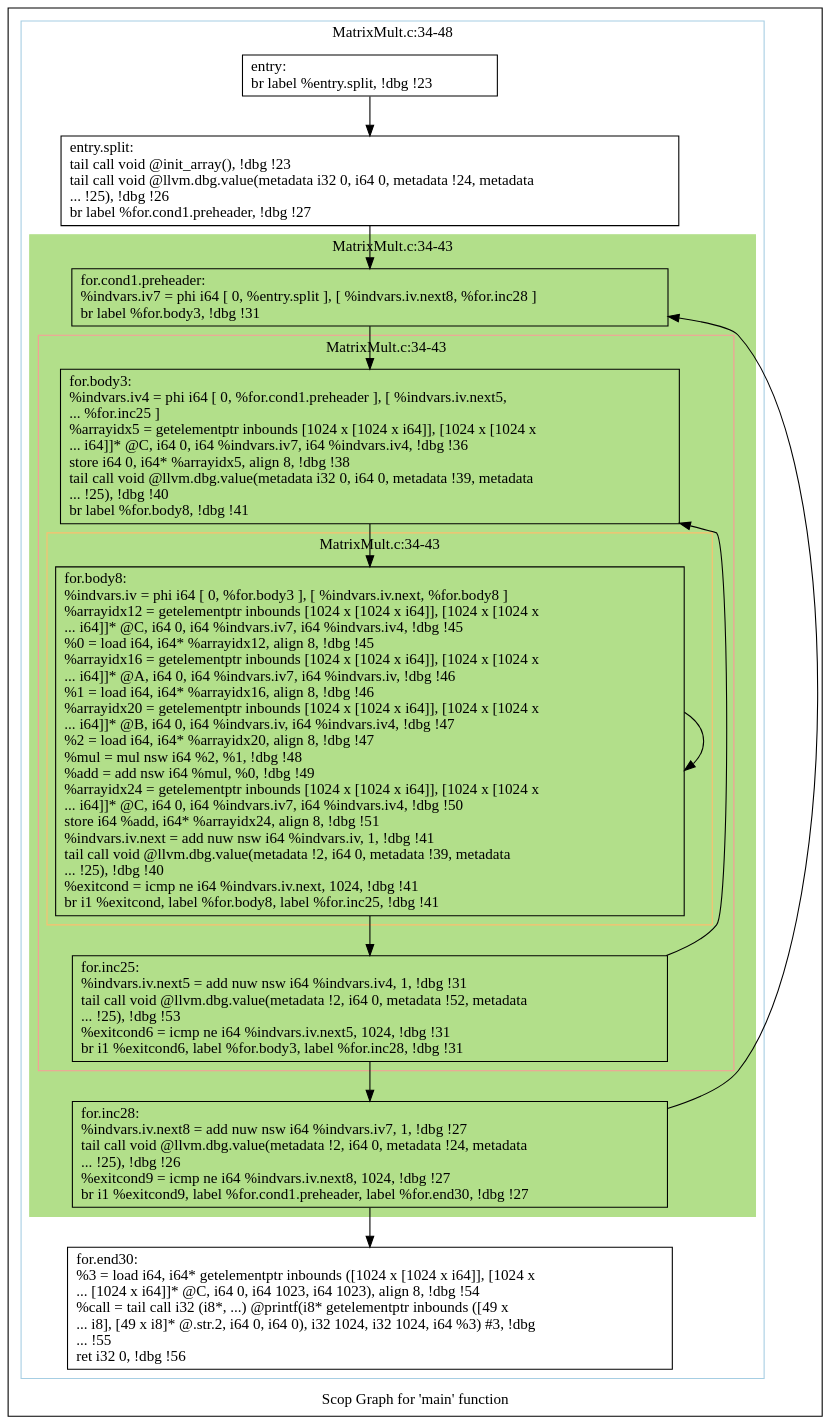
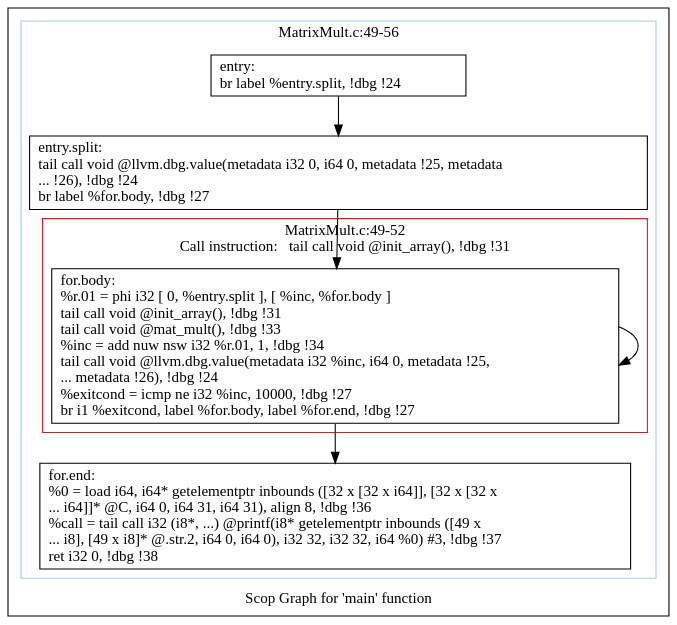
One commit to samminweng/WhileyOpenCL changed the diagram in polly/MatrixMult/impl/handwritten/dot/scops.main.dot. Above: the diagram before and after it, drawn with Graphviz. The commit also changed 44 other files, not shown here.

```diff
--- a/polly/MatrixMult/impl/handwritten/dot/scops.main.dot
+++ b/polly/MatrixMult/impl/handwritten/dot/scops.main.dot
@@ -1,54 +1,29 @@
 digraph "Scop Graph for 'main' function" {
 	label="Scop Graph for 'main' function";
 
-	Node0x5de6b00 [shape=record,label="{entry:\l  br label %entry.split, !dbg !23\l}"];
-	Node0x5de6b00 -> Node0x5dd6910;
-	Node0x5dd6910 [shape=record,label="{entry.split:                                      \l  tail call void @init_array(), !dbg !23\l  tail call void @llvm.dbg.value(metadata i32 0, i64 0, metadata !24, metadata\l... !25), !dbg !26\l  br label %for.cond1.preheader, !dbg !27\l}"];
-	Node0x5dd6910 -> Node0x5dddd20;
-	Node0x5dddd20 [shape=record,label="{for.cond1.preheader:                              \l  %indvars.iv7 = phi i64 [ 0, %entry.split ], [ %indvars.iv.next8, %for.inc28 ]\l  br label %for.body3, !dbg !31\l}"];
-	Node0x5dddd20 -> Node0x5de04d0;
-	Node0x5de04d0 [shape=record,label="{for.body3:                                        \l  %indvars.iv4 = phi i64 [ 0, %for.cond1.preheader ], [ %indvars.iv.next5,\l... %for.inc25 ]\l  %arrayidx5 = getelementptr inbounds [1024 x [1024 x i64]], [1024 x [1024 x\l... i64]]* @C, i64 0, i64 %indvars.iv7, i64 %indvars.iv4, !dbg !36\l  store i64 0, i64* %arrayidx5, align 8, !dbg !38\l  tail call void @llvm.dbg.value(metadata i32 0, i64 0, metadata !39, metadata\l... !25), !dbg !40\l  br label %for.body8, !dbg !41\l}"];
-	Node0x5de04d0 -> Node0x5dde3d0;
-	Node0x5dde3d0 [shape=record,label="{for.body8:                                        \l  %indvars.iv = phi i64 [ 0, %for.body3 ], [ %indvars.iv.next, %for.body8 ]\l  %arrayidx12 = getelementptr inbounds [1024 x [1024 x i64]], [1024 x [1024 x\l... i64]]* @C, i64 0, i64 %indvars.iv7, i64 %indvars.iv4, !dbg !45\l  %0 = load i64, i64* %arrayidx12, align 8, !dbg !45\l  %arrayidx16 = getelementptr inbounds [1024 x [1024 x i64]], [1024 x [1024 x\l... i64]]* @A, i64 0, i64 %indvars.iv7, i64 %indvars.iv, !dbg !46\l  %1 = load i64, i64* %arrayidx16, align 8, !dbg !46\l  %arrayidx20 = getelementptr inbounds [1024 x [1024 x i64]], [1024 x [1024 x\l... i64]]* @B, i64 0, i64 %indvars.iv, i64 %indvars.iv4, !dbg !47\l  %2 = load i64, i64* %arrayidx20, align 8, !dbg !47\l  %mul = mul nsw i64 %2, %1, !dbg !48\l  %add = add nsw i64 %mul, %0, !dbg !49\l  %arrayidx24 = getelementptr inbounds [1024 x [1024 x i64]], [1024 x [1024 x\l... i64]]* @C, i64 0, i64 %indvars.iv7, i64 %indvars.iv4, !dbg !50\l  store i64 %add, i64* %arrayidx24, align 8, !dbg !51\l  %indvars.iv.next = add nuw nsw i64 %indvars.iv, 1, !dbg !41\l  tail call void @llvm.dbg.value(metadata !2, i64 0, metadata !39, metadata\l... !25), !dbg !40\l  %exitcond = icmp ne i64 %indvars.iv.next, 1024, !dbg !41\l  br i1 %exitcond, label %for.body8, label %for.inc25, !dbg !41\l}"];
-	Node0x5dde3d0 -> Node0x5dde3d0[constraint=false];
-	Node0x5dde3d0 -> Node0x5dd7580;
-	Node0x5dd7580 [shape=record,label="{for.inc25:                                        \l  %indvars.iv.next5 = add nuw nsw i64 %indvars.iv4, 1, !dbg !31\l  tail call void @llvm.dbg.value(metadata !2, i64 0, metadata !52, metadata\l... !25), !dbg !53\l  %exitcond6 = icmp ne i64 %indvars.iv.next5, 1024, !dbg !31\l  br i1 %exitcond6, label %for.body3, label %for.inc28, !dbg !31\l}"];
-	Node0x5dd7580 -> Node0x5de04d0[constraint=false];
-	Node0x5dd7580 -> Node0x5dde4d0;
-	Node0x5dde4d0 [shape=record,label="{for.inc28:                                        \l  %indvars.iv.next8 = add nuw nsw i64 %indvars.iv7, 1, !dbg !27\l  tail call void @llvm.dbg.value(metadata !2, i64 0, metadata !24, metadata\l... !25), !dbg !26\l  %exitcond9 = icmp ne i64 %indvars.iv.next8, 1024, !dbg !27\l  br i1 %exitcond9, label %for.cond1.preheader, label %for.end30, !dbg !27\l}"];
-	Node0x5dde4d0 -> Node0x5dddd20[constraint=false];
-	Node0x5dde4d0 -> Node0x5de6520;
-	Node0x5de6520 [shape=record,label="{for.end30:                                        \l  %3 = load i64, i64* getelementptr inbounds ([1024 x [1024 x i64]], [1024 x\l... [1024 x i64]]* @C, i64 0, i64 1023, i64 1023), align 8, !dbg !54\l  %call = tail call i32 (i8*, ...) @printf(i8* getelementptr inbounds ([49 x\l... i8], [49 x i8]* @.str.2, i64 0, i64 0), i32 1024, i32 1024, i64 %3) #3, !dbg\l... !55\l  ret i32 0, !dbg !56\l}"];
+	Node0x6970240 [shape=record,label="{entry:\l  br label %entry.split, !dbg !24\l}"];
+	Node0x6970240 -> Node0x695f580;
+	Node0x695f580 [shape=record,label="{entry.split:                                      \l  tail call void @llvm.dbg.value(metadata i32 0, i64 0, metadata !25, metadata\l... !26), !dbg !24\l  br label %for.body, !dbg !27\l}"];
+	Node0x695f580 -> Node0x69695a0;
+	Node0x69695a0 [shape=record,label="{for.body:                                         \l  %r.01 = phi i32 [ 0, %entry.split ], [ %inc, %for.body ]\l  tail call void @init_array(), !dbg !31\l  tail call void @mat_mult(), !dbg !33\l  %inc = add nuw nsw i32 %r.01, 1, !dbg !34\l  tail call void @llvm.dbg.value(metadata i32 %inc, i64 0, metadata !25,\l... metadata !26), !dbg !24\l  %exitcond = icmp ne i32 %inc, 10000, !dbg !27\l  br i1 %exitcond, label %for.body, label %for.end, !dbg !27\l}"];
+	Node0x69695a0 -> Node0x69695a0[constraint=false];
+	Node0x69695a0 -> Node0x69703e0;
+	Node0x69703e0 [shape=record,label="{for.end:                                          \l  %0 = load i64, i64* getelementptr inbounds ([32 x [32 x i64]], [32 x [32 x\l... i64]]* @C, i64 0, i64 31, i64 31), align 8, !dbg !36\l  %call = tail call i32 (i8*, ...) @printf(i8* getelementptr inbounds ([49 x\l... i8], [49 x i8]* @.str.2, i64 0, i64 0), i32 32, i32 32, i64 %0) #3, !dbg !37\l  ret i32 0, !dbg !38\l}"];
 	colorscheme = "paired12"
-        subgraph cluster_0x5dce560 {
-          label = "MatrixMult.c:34-48
+        subgraph cluster_0x6966c40 {
+          label = "MatrixMult.c:49-56
 ";
           style = solid;
           color = 1
-          subgraph cluster_0x5ddf750 {
-            label = "MatrixMult.c:34-43
-";
-            style = filled;
-            color = 3            subgraph cluster_0x5dce5e0 {
-              label = "MatrixMult.c:34-43
-";
-              style = solid;
-              color = 5
-              subgraph cluster_0x5dd7480 {
-                label = "MatrixMult.c:34-43
-";
-                style = solid;
-                color = 7
-                Node0x5dde3d0;
-              }
-              Node0x5de04d0;
-              Node0x5dd7580;
-            }
-            Node0x5dddd20;
-            Node0x5dde4d0;
+          subgraph cluster_0x696af70 {
+            label = "MatrixMult.c:49-52
+Call instruction:   tail call void @init_array(), !dbg !31";
+            style = solid;
+            color = 6
+            Node0x69695a0;
           }
-          Node0x5de6b00;
-          Node0x5dd6910;
-          Node0x5de6520;
+          Node0x6970240;
+          Node0x695f580;
+          Node0x69703e0;
         }
 }
```
